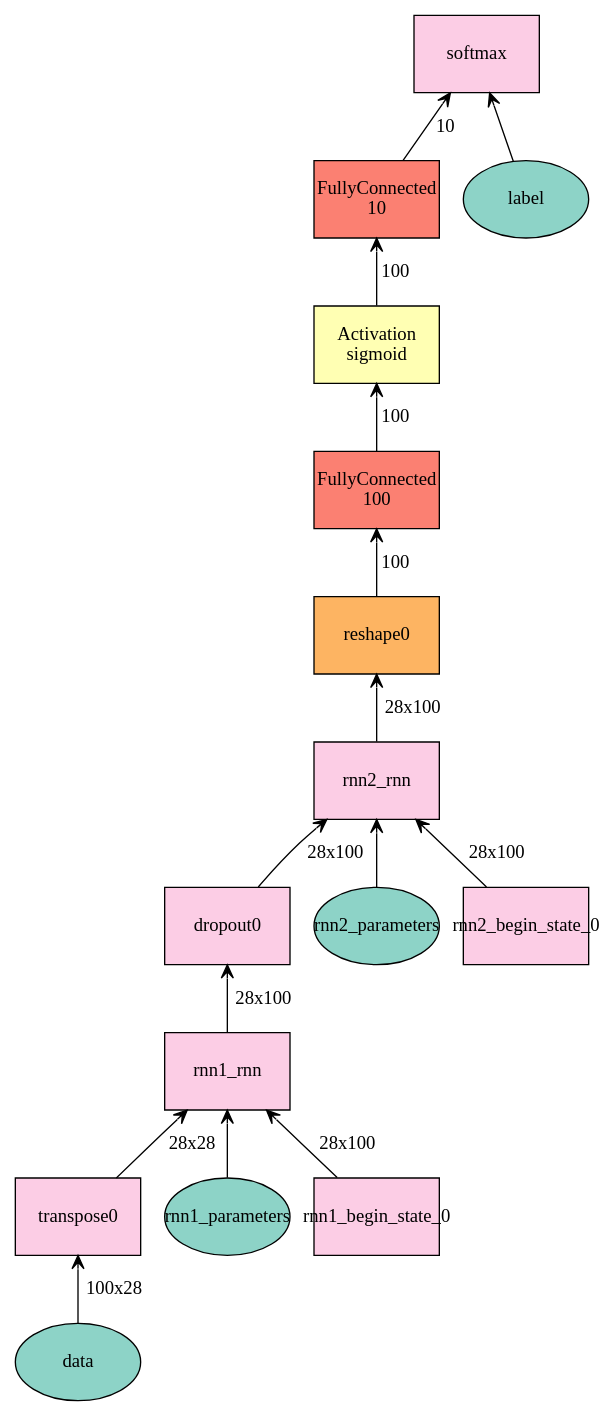
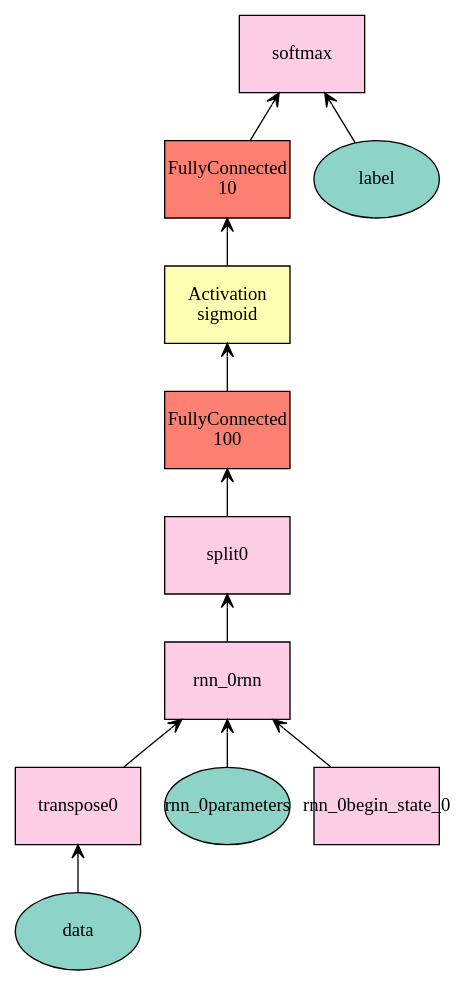
The diagram in Symbol/basic/Recurrent Neural Networks with SoftmaxOutput/plot.gv (dennisbaek/Mxnet_Tutorial), drawn with Graphviz before and after one commit. The commit also changed 32 other files, not shown here.

```diff
--- a/Symbol/basic/Recurrent Neural Networks with SoftmaxOutput/plot.gv
+++ b/Symbol/basic/Recurrent Neural Networks with SoftmaxOutput/plot.gv
@@ -1,31 +1,23 @@
 digraph plot {
 	data [label=data fillcolor="#8dd3c7" fixedsize=true height=0.8034 shape=oval style=filled width=1.3]
 	transpose0 [label=transpose0 fillcolor="#fccde5" fixedsize=true height=0.8034 shape=box style=filled width=1.3]
-	rnn1_parameters [label=rnn1_parameters fillcolor="#8dd3c7" fixedsize=true height=0.8034 shape=oval style=filled width=1.3]
-	rnn1_begin_state_0 [label=rnn1_begin_state_0 fillcolor="#fccde5" fixedsize=true height=0.8034 shape=box style=filled width=1.3]
-	rnn1_rnn [label=rnn1_rnn fillcolor="#fccde5" fixedsize=true height=0.8034 shape=box style=filled width=1.3]
-	dropout0 [label=dropout0 fillcolor="#fccde5" fixedsize=true height=0.8034 shape=box style=filled width=1.3]
-	rnn2_parameters [label=rnn2_parameters fillcolor="#8dd3c7" fixedsize=true height=0.8034 shape=oval style=filled width=1.3]
-	rnn2_begin_state_0 [label=rnn2_begin_state_0 fillcolor="#fccde5" fixedsize=true height=0.8034 shape=box style=filled width=1.3]
-	rnn2_rnn [label=rnn2_rnn fillcolor="#fccde5" fixedsize=true height=0.8034 shape=box style=filled width=1.3]
-	reshape0 [label=reshape0 fillcolor="#fdb462" fixedsize=true height=0.8034 shape=box style=filled width=1.3]
+	rnn_0parameters [label=rnn_0parameters fillcolor="#8dd3c7" fixedsize=true height=0.8034 shape=oval style=filled width=1.3]
+	rnn_0begin_state_0 [label=rnn_0begin_state_0 fillcolor="#fccde5" fixedsize=true height=0.8034 shape=box style=filled width=1.3]
+	rnn_0rnn [label=rnn_0rnn fillcolor="#fccde5" fixedsize=true height=0.8034 shape=box style=filled width=1.3]
+	split0 [label=split0 fillcolor="#fccde5" fixedsize=true height=0.8034 shape=box style=filled width=1.3]
 	affine1 [label="FullyConnected\n100" fillcolor="#fb8072" fixedsize=true height=0.8034 shape=box style=filled width=1.3]
 	sigmoid1 [label="Activation\nsigmoid" fillcolor="#ffffb3" fixedsize=true height=0.8034 shape=box style=filled width=1.3]
 	affine2 [label="FullyConnected\n10" fillcolor="#fb8072" fixedsize=true height=0.8034 shape=box style=filled width=1.3]
 	label [label=label fillcolor="#8dd3c7" fixedsize=true height=0.8034 shape=oval style=filled width=1.3]
 	softmax [label=softmax fillcolor="#fccde5" fixedsize=true height=0.8034 shape=box style=filled width=1.3]
-		transpose0 -> data [label="100x28" arrowtail=open dir=back]
-		rnn1_rnn -> transpose0 [label="28x28" arrowtail=open dir=back]
-		rnn1_rnn -> rnn1_parameters [label="" arrowtail=open dir=back]
-		rnn1_rnn -> rnn1_begin_state_0 [label="28x100" arrowtail=open dir=back]
-		dropout0 -> rnn1_rnn [label="28x100" arrowtail=open dir=back]
-		rnn2_rnn -> dropout0 [label="28x100" arrowtail=open dir=back]
-		rnn2_rnn -> rnn2_parameters [label="" arrowtail=open dir=back]
-		rnn2_rnn -> rnn2_begin_state_0 [label="28x100" arrowtail=open dir=back]
-		reshape0 -> rnn2_rnn [label="28x100" arrowtail=open dir=back]
-		affine1 -> reshape0 [label=100 arrowtail=open dir=back]
-		sigmoid1 -> affine1 [label=100 arrowtail=open dir=back]
-		affine2 -> sigmoid1 [label=100 arrowtail=open dir=back]
-		softmax -> affine2 [label=10 arrowtail=open dir=back]
-		softmax -> label [label="" arrowtail=open dir=back]
+	transpose0 -> data [arrowtail=open dir=back]
+	rnn_0rnn -> transpose0 [arrowtail=open dir=back]
+	rnn_0rnn -> rnn_0parameters [arrowtail=open dir=back]
+	rnn_0rnn -> rnn_0begin_state_0 [arrowtail=open dir=back]
+	split0 -> rnn_0rnn [arrowtail=open dir=back]
+	affine1 -> split0 [arrowtail=open dir=back]
+	sigmoid1 -> affine1 [arrowtail=open dir=back]
+	affine2 -> sigmoid1 [arrowtail=open dir=back]
+	softmax -> affine2 [arrowtail=open dir=back]
+	softmax -> label [arrowtail=open dir=back]
 }
```
